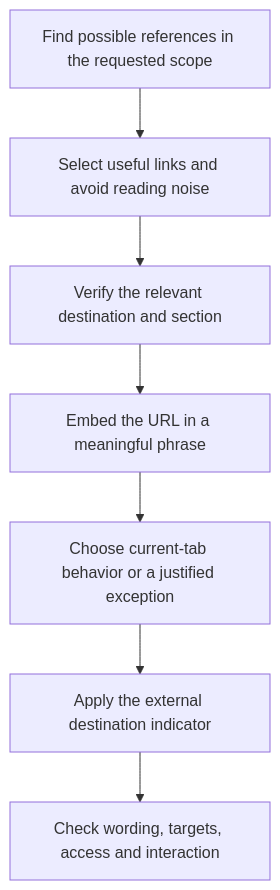
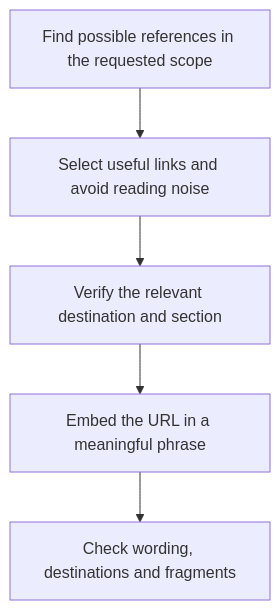
Before and after one commit to myowinthein/agent-helm: the diagram in docs/rules/writing/detailed.md, drawn with Mermaid. The commit also changed other lines of this file and 20 other files, not shown here.

````diff
--- a/docs/rules/writing/detailed.md
+++ b/docs/rules/writing/detailed.md
@@ -38,9 +38,7 @@
 ```mermaid
 flowchart TD
   Find["Find possible references in the requested scope"] --> Select["Select useful links and avoid reading noise"]
   Select --> Match["Verify the relevant destination and section"]
   Match --> Phrase["Embed the URL in a meaningful phrase"]
-  Phrase --> Open["Choose current-tab behavior or a justified exception"]
-  Open --> Icon["Apply the external destination indicator"]
-  Icon --> Verify["Check wording, targets, access and interaction"]
+  Phrase --> Verify["Check wording, destinations and fragments"]
 ```
````
